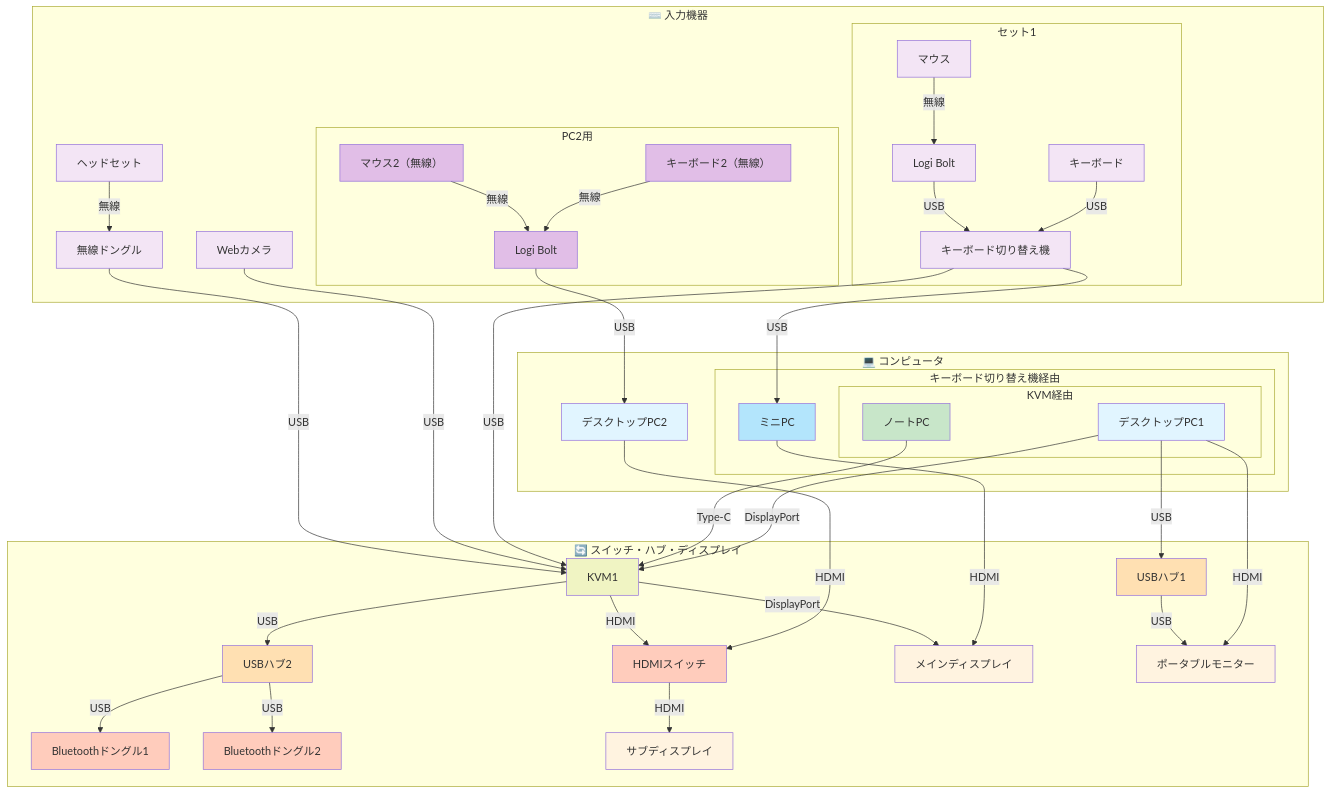
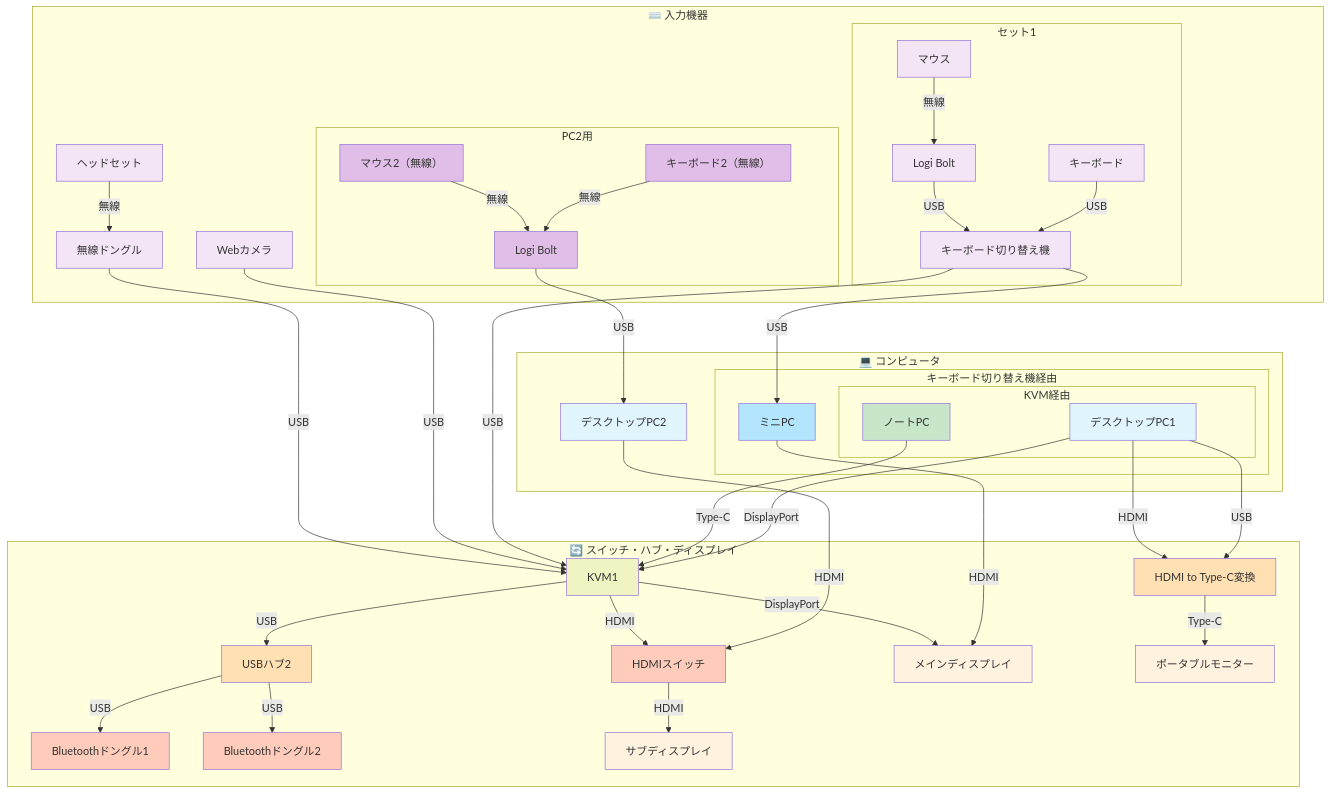
Before and after one commit to nuitsjp/MyEnvironments: the diagram in デスク設計.md, drawn with Mermaid. The commit also changed other lines of this file, not shown here.

Commit message:
接続図のHUB1を「HDMI to Type-C変換」に変更し、接続方式を更新。デバイス一覧のUSBハブ1を「HDMI to Type-C変換」に修正。

```diff
--- a/デスク設計.md
+++ b/デスク設計.md
@@ -41,7 +41,7 @@
 
     subgraph SWITCH["🔄 スイッチ・ハブ・ディスプレイ"]
         KVM1["KVM1"]
-        HUB1["USBハブ1"]
+        HUB1["HDMI to Type-C変換"]
         HUB2["USBハブ2"]
         HDMISW["HDMIスイッチ"]
         BT1["Bluetoothドングル1"]
@@ -53,7 +53,7 @@
 
     PC1 -->|DisplayPort| KVM1
     PC1 -->|USB| HUB1
-    PC1 -->|HDMI| DIS3
+    PC1 -->|HDMI| HUB1
 
     NOTEBOOK -->|Type-C| KVM1
 
@@ -69,7 +69,7 @@
 
     HDMISW -->|HDMI| DIS2
 
-    HUB1 -->|USB| DIS3
+    HUB1 -->|Type-C| DIS3
 
     KBSW -->|USB| KVM1
     KBSW -->|USB| MINIPC
```
